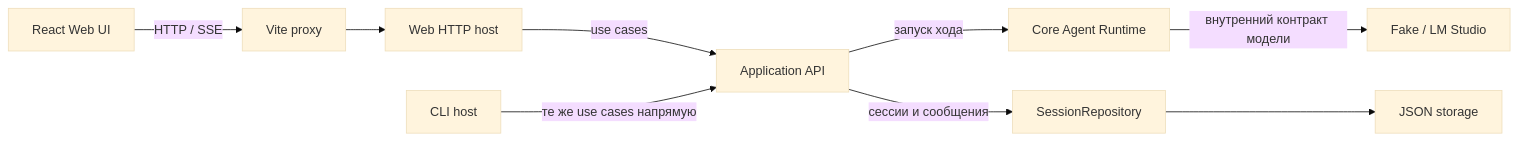
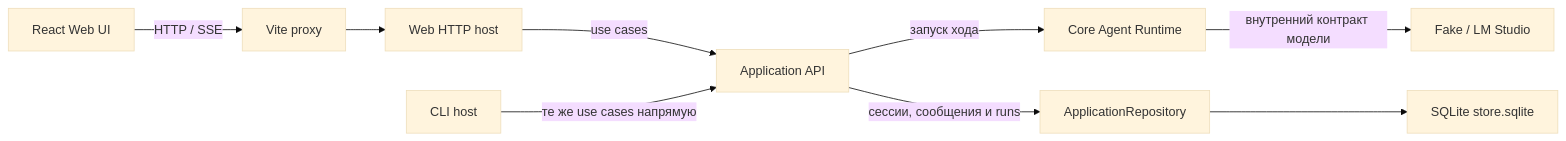
Before and after one commit to davy1ex/smysAgent: the third of 3 diagrams in docs/onboarding/README.md, drawn with Mermaid (base theme). The commit also changed other lines of this file and 5 other files, not shown here.

Commit message:
Document SQLite trajectory architecture

````diff
--- a/docs/onboarding/README.md
+++ b/docs/onboarding/README.md
@@ -117,11 +129,11 @@
 ```mermaid
 flowchart LR
   Browser["React Web UI"] -->|HTTP / SSE| Proxy["Vite proxy"]
   Proxy --> Host["Web HTTP host"]
   Host -->|use cases| App["Application API"]
   CLI["CLI host"] -->|те же use cases напрямую| App
   App -->|запуск хода| Core["Core Agent Runtime"]
-  App -->|сессии и сообщения| Repo["SessionRepository"]
+  App -->|сессии, сообщения и runs| Repo["ApplicationRepository"]
   Core -->|внутренний контракт модели| Provider["Fake / LM Studio"]
-  Repo --> Storage["JSON storage"]
+  Repo --> Storage["SQLite store.sqlite"]
 ```
````
